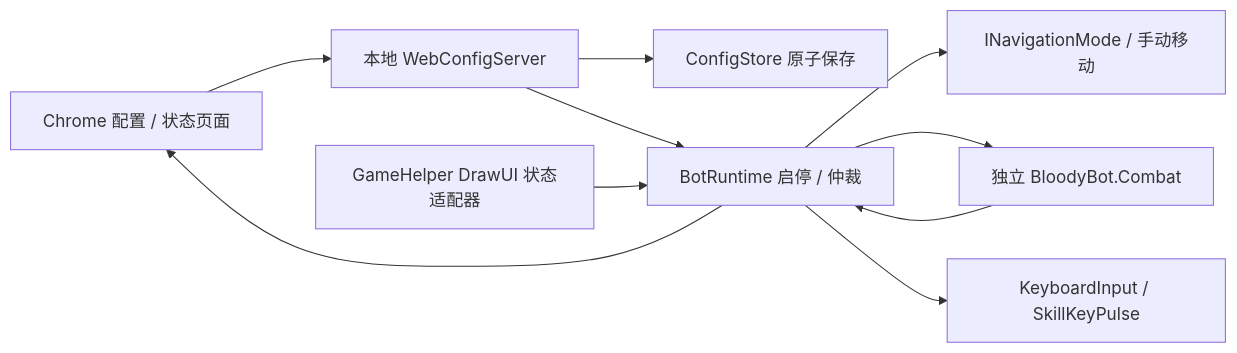
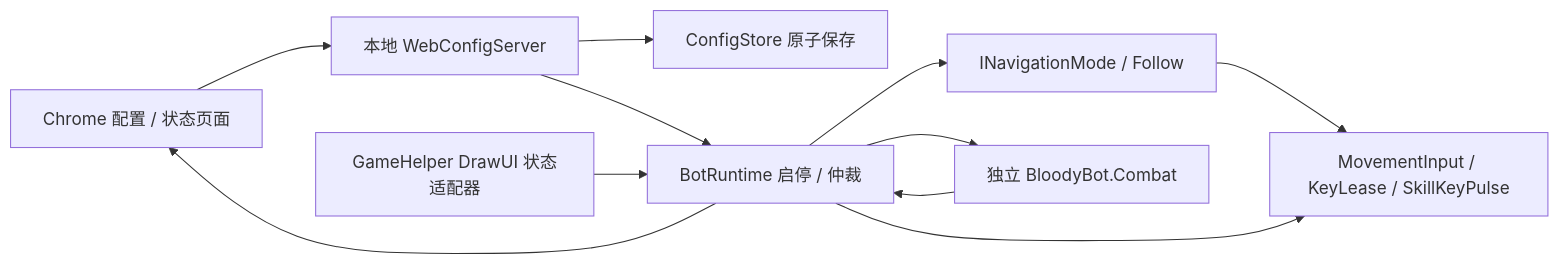
The diagram in Plugins/Bloodybot2/README.md (mxc1868/Gamehelper), drawn with Mermaid before and after one commit. The commit also changed other lines of this file and 43 other files, not shown here.

Commit message:
Integrate Follow navigation into Bloodybot2 Chrome configuration

````diff
--- a/Plugins/Bloodybot2/README.md
+++ b/Plugins/Bloodybot2/README.md
@@ -38,12 +42,13 @@
 ```mermaid
 flowchart LR
     Chrome[Chrome 配置 / 状态页面] --> Web[本地 WebConfigServer]
     Web --> Store[ConfigStore 原子保存]
     Web --> Runtime[BotRuntime 启停 / 仲裁]
     Game[GameHelper DrawUI 状态适配器] --> Runtime
-    Runtime --> Navigation[INavigationMode / 手动移动]
+    Runtime --> Navigation[INavigationMode / Follow]
     Runtime --> Combat[独立 BloodyBot.Combat]
     Combat --> Runtime
-    Runtime --> Input[KeyboardInput / SkillKeyPulse]
+    Navigation --> Input[MovementInput / KeyLease / SkillKeyPulse]
+    Runtime --> Input
     Runtime --> Chrome
 ```
````
